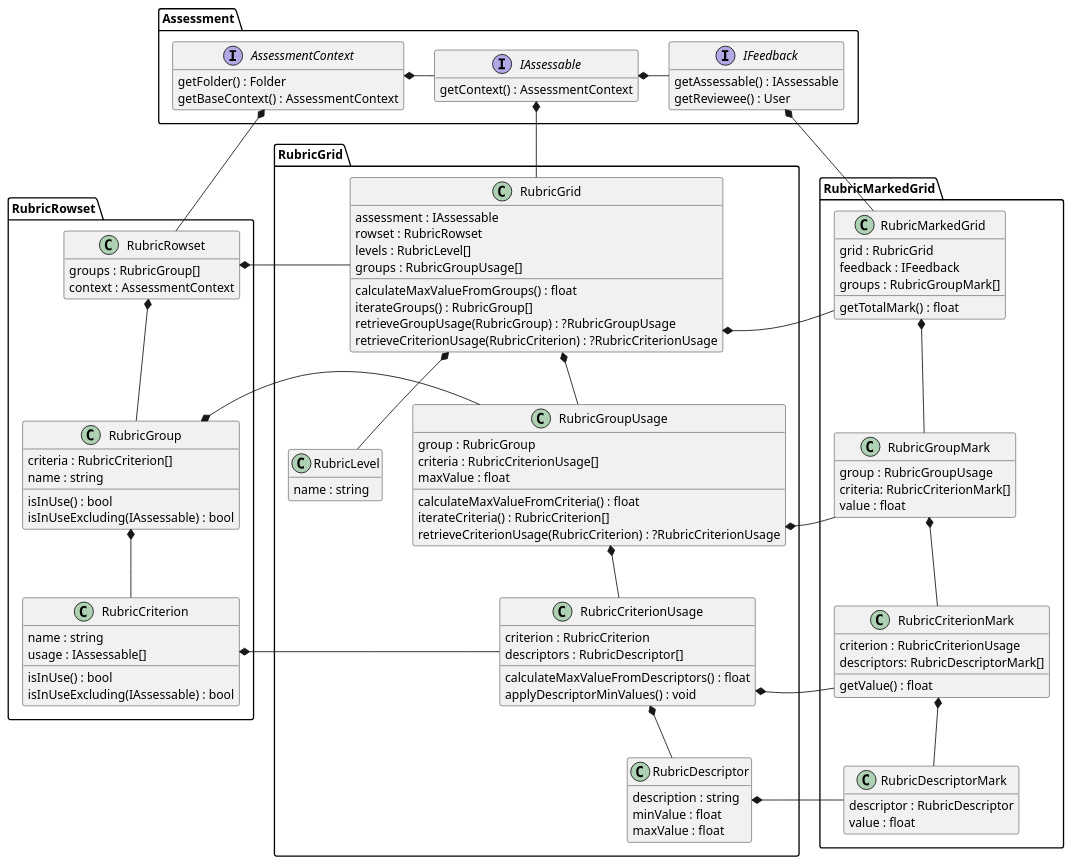
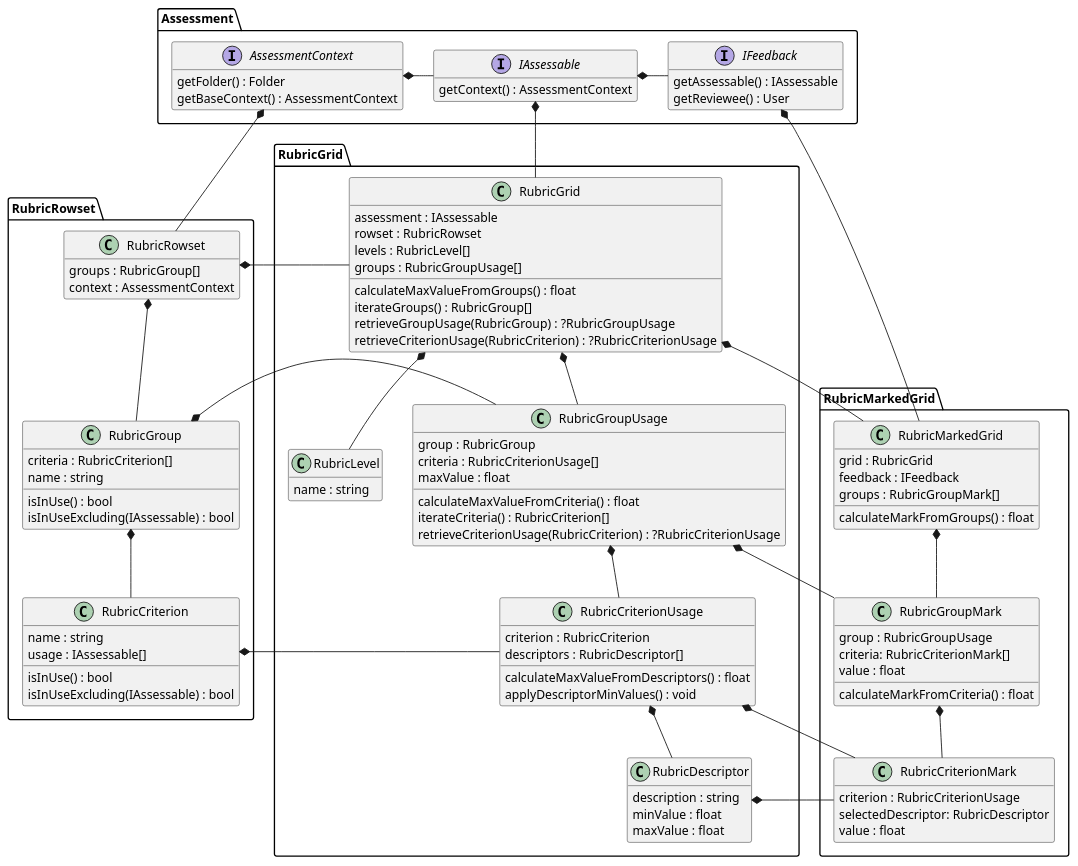
One commit to juliaattrevisan/schoolbox-api-docs changed the diagram in library/Schoolbox/Assessment/Rubric/Rubric.plantuml. Above: the diagram before and after it, drawn with PlantUML.

Commit message:
Remove unneeded RubricDescriptorMark from marked grid [SA-7282]
RubricCriterionMark contains the descriptor and its criterion.

```diff
--- a/library/Schoolbox/Assessment/Rubric/Rubric.plantuml
+++ b/library/Schoolbox/Assessment/Rubric/Rubric.plantuml
@@ -1,155 +1,150 @@
 @startuml
 
 hide empty fields
 hide empty methods
 
 namespace Assessment {
 
     interface AssessmentContext {
         getFolder() : Folder
         getBaseContext() : AssessmentContext
     }
 
     interface IAssessable {
         getContext() : AssessmentContext
     }
 
     interface IFeedback {
         getAssessable() : IAssessable
         getReviewee() : User
     }
 
     ' internal relations
     AssessmentContext *-r- IAssessable
     IAssessable *-r- IFeedback
 }
 
 
 namespace RubricRowset {
 
     class RubricRowset {
         groups : RubricGroup[]
         context : AssessmentContext
     }
 
     class RubricGroup {
         criteria : RubricCriterion[]
         name : string
         isInUse() : bool
         isInUseExcluding(IAssessable) : bool
     }
 
     class RubricCriterion {
         name : string
         usage : IAssessable[]
         isInUse() : bool
         isInUseExcluding(IAssessable) : bool
     }
 
     ' internal relations
     RubricRowset *-d- RubricGroup
     RubricGroup *-d- RubricCriterion
 
     ' relation to Assessment
     Assessment.AssessmentContext *-d- RubricRowset
 }
 
 
 namespace RubricGrid {
 
     class RubricGrid {
         assessment : IAssessable
         rowset : RubricRowset
         levels : RubricLevel[]
         groups : RubricGroupUsage[]
         calculateMaxValueFromGroups() : float
         iterateGroups() : RubricGroup[]
         retrieveGroupUsage(RubricGroup) : ?RubricGroupUsage
         retrieveCriterionUsage(RubricCriterion) : ?RubricCriterionUsage
     }
 
     class RubricGroupUsage {
         group : RubricGroup
         criteria : RubricCriterionUsage[]
         maxValue : float
         calculateMaxValueFromCriteria() : float
         iterateCriteria() : RubricCriterion[]
         retrieveCriterionUsage(RubricCriterion) : ?RubricCriterionUsage
     }
 
     class RubricCriterionUsage {
         criterion : RubricCriterion
         descriptors : RubricDescriptor[]
         calculateMaxValueFromDescriptors() : float
         applyDescriptorMinValues() : void
     }
 
     class RubricLevel {
         name : string
     }
 
     class RubricDescriptor {
         description : string
         minValue : float
         maxValue : float
     }
 
     ' internal relations
     RubricGrid *-d- RubricGroupUsage
     RubricGroupUsage *-d- RubricCriterionUsage
     RubricCriterionUsage *-d- RubricDescriptor
     RubricGrid *-d- RubricLevel
     RubricLevel *-[hidden]r- RubricGroupUsage
 
     ' relation to Assessment
     Assessment.IAssessable *-d- RubricGrid
 
     ' relation to RubricRowset
     RubricGrid -l-* RubricRowset.RubricRowset
     RubricGroupUsage -l-* RubricRowset.RubricGroup
     RubricCriterionUsage -l-* RubricRowset.RubricCriterion
 }
 
 
 namespace RubricMarkedGrid {
 
     class RubricMarkedGrid {
         grid : RubricGrid
         feedback : IFeedback
         groups : RubricGroupMark[]
-        getTotalMark() : float
+        calculateMarkFromGroups() : float
     }
 
     class RubricGroupMark {
         group : RubricGroupUsage
         criteria: RubricCriterionMark[]
         value : float
+        calculateMarkFromCriteria() : float
     }
 
     class RubricCriterionMark {
         criterion : RubricCriterionUsage
-        descriptors: RubricDescriptorMark[]
-        getValue() : float
-    }
-
-    class RubricDescriptorMark {
-        descriptor : RubricDescriptor
+        selectedDescriptor: RubricDescriptor
         value : float
     }
 
     ' internal relations
     RubricMarkedGrid *-d- RubricGroupMark
     RubricGroupMark *-d- RubricCriterionMark
-    RubricCriterionMark *-d- RubricDescriptorMark
 
     ' relation to Assessment
     Assessment.IFeedback *-d- RubricMarkedGrid
 
     ' relation to RubricGrid
     RubricMarkedGrid -l-* RubricGrid.RubricGrid
     RubricGroupMark -l-* RubricGrid.RubricGroupUsage
     RubricCriterionMark -l-* RubricGrid.RubricCriterionUsage
-    RubricDescriptorMark -l-* RubricGrid.RubricDescriptor
+    RubricCriterionMark -l-* RubricGrid.RubricDescriptor
 }
 
 @enduml
```
